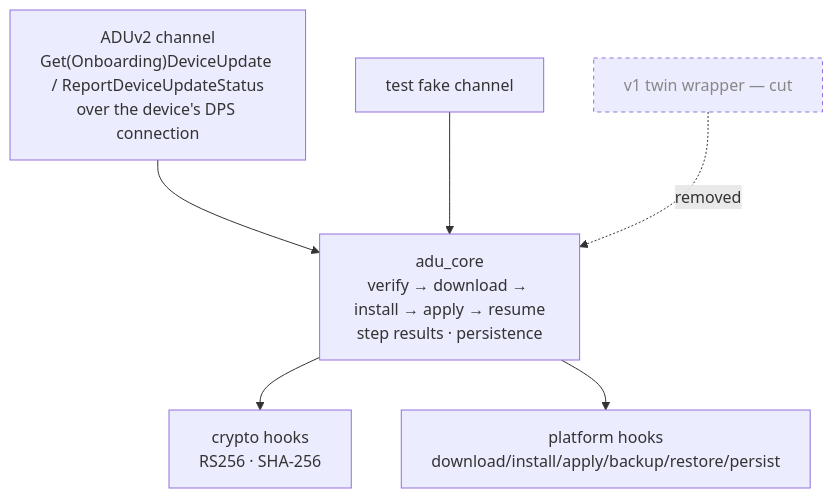
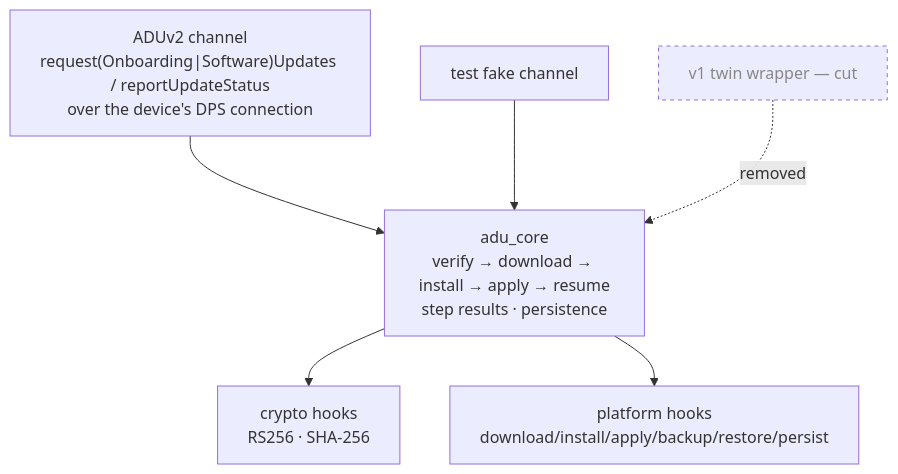
Before and after one commit to Azure/azure-iot-sdk: the fourth of 4 diagrams in c/docs/eng/adu-client-plan.md, drawn with Mermaid. The commit also changed other lines of this file and 3 other files, not shown here.

````diff
--- a/c/docs/eng/adu-client-plan.md
+++ b/c/docs/eng/adu-client-plan.md
@@ -371,10 +371,10 @@
 ```mermaid
 flowchart TB
     ENG["adu_core<br/>verify → download → install → apply → resume<br/>step results · persistence"]
-    DP["ADUv2 channel<br/>Get(Onboarding)DeviceUpdate / ReportDeviceUpdateStatus<br/>over the device's DPS connection"] --> ENG
+    DP["ADUv2 channel<br/>request(Onboarding|Software)Updates / reportUpdateStatus<br/>over the device's DPS connection"] --> ENG
     FK["test fake channel"] --> ENG
     TW["v1 twin wrapper — cut"]:::cut -.->|removed| ENG
     ENG --> CR["crypto hooks<br/>RS256 · SHA-256"]
     ENG --> PL["platform hooks<br/>download/install/apply/backup/restore/persist"]
     classDef cut stroke-dasharray: 4 4,color:#888;
 ```
````
